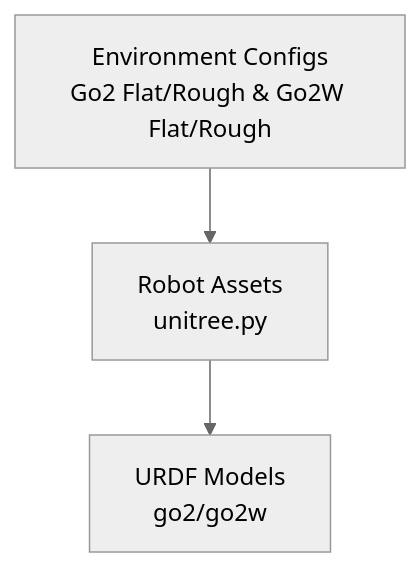
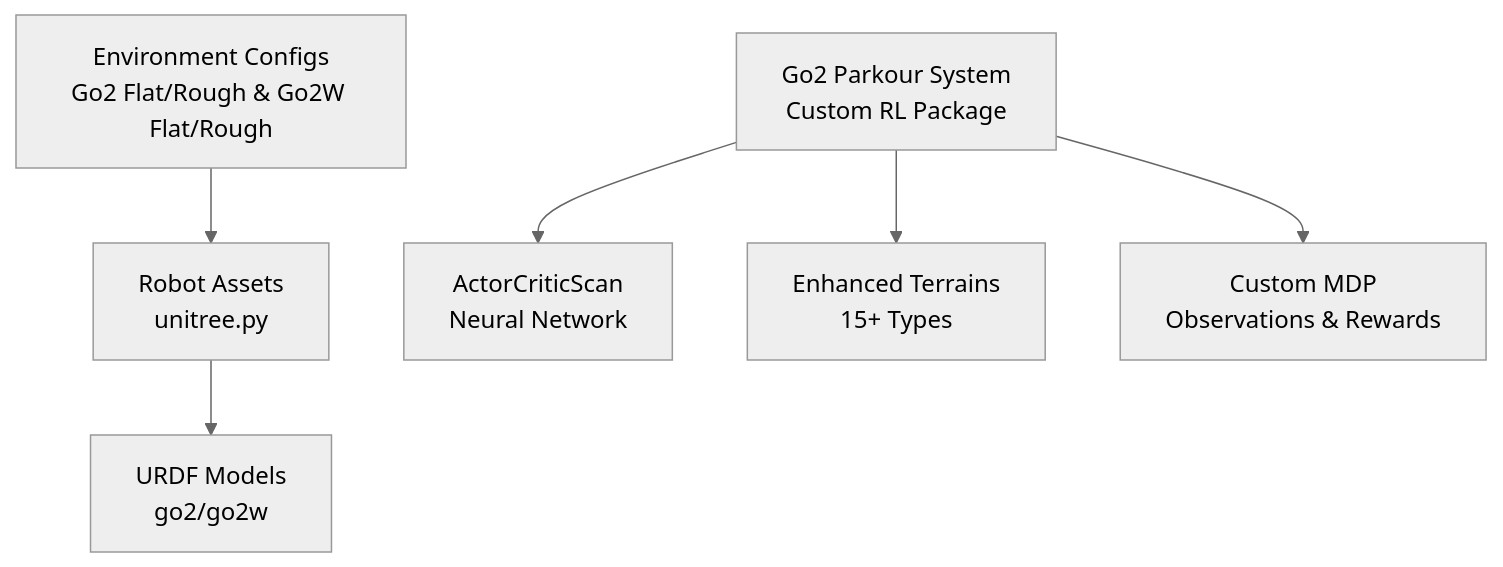
One commit to jayjayhust/robot_lab changed the second of 10 diagrams in .qoder/repowiki/en/content/Robot Categories and Models/Quadruped Robots/Unitree Go2 Series.md. Above: the diagram before and after it, drawn with Mermaid (neutral theme). The commit also changed other lines of this file and 17 other files, not shown here.

````diff
--- a/.qoder/repowiki/en/content/Robot Categories and Models/Quadruped Robots/Unitree Go2 Series.md
+++ b/.qoder/repowiki/en/content/Robot Categories and Models/Quadruped Robots/Unitree Go2 Series.md
@@ -83,8 +112,15 @@
 ```mermaid
 graph TB
 Env["Environment Configs<br/>Go2 Flat/Rough & Go2W Flat/Rough"]
+Parkour["Go2 Parkour System<br/>Custom RL Package"]
 Assets["Robot Assets<br/>unitree.py"]
 URDF["URDF Models<br/>go2/go2w"]
+NN["ActorCriticScan<br/>Neural Network"]
+Terrains["Enhanced Terrains<br/>15+ Types"]
+MDP["Custom MDP<br/>Observations & Rewards"]
 Env --> Assets
 Assets --> URDF
+Parkour --> NN
+Parkour --> Terrains
+Parkour --> MDP
 ```
````
